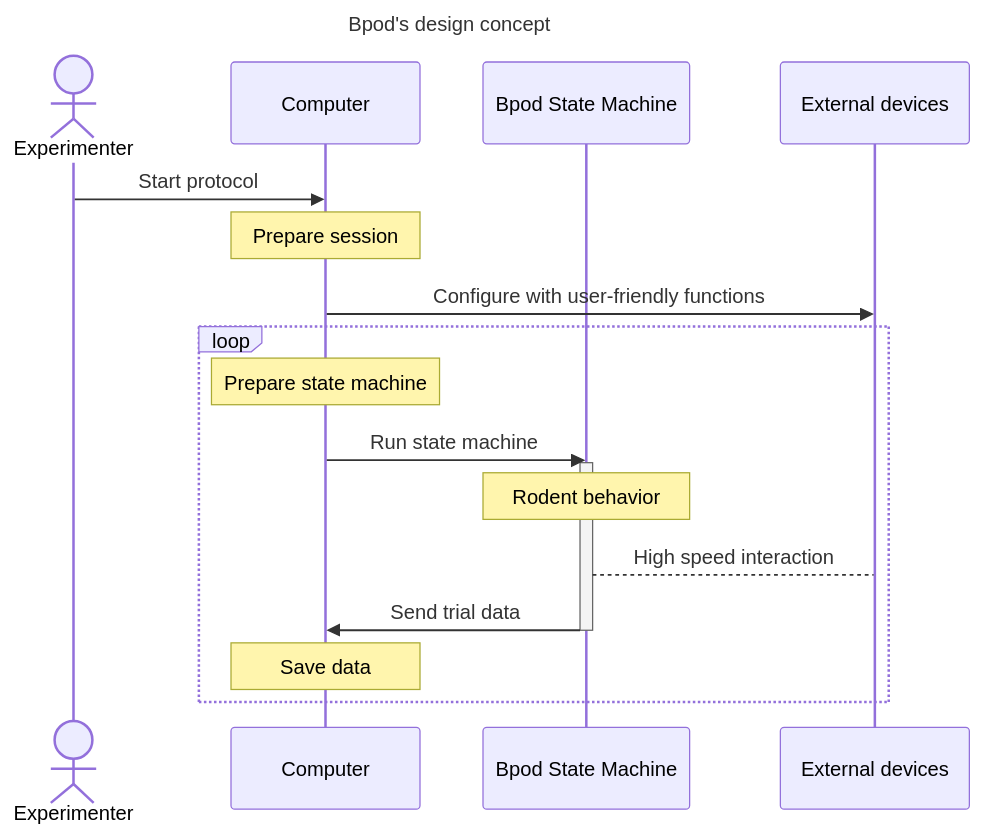
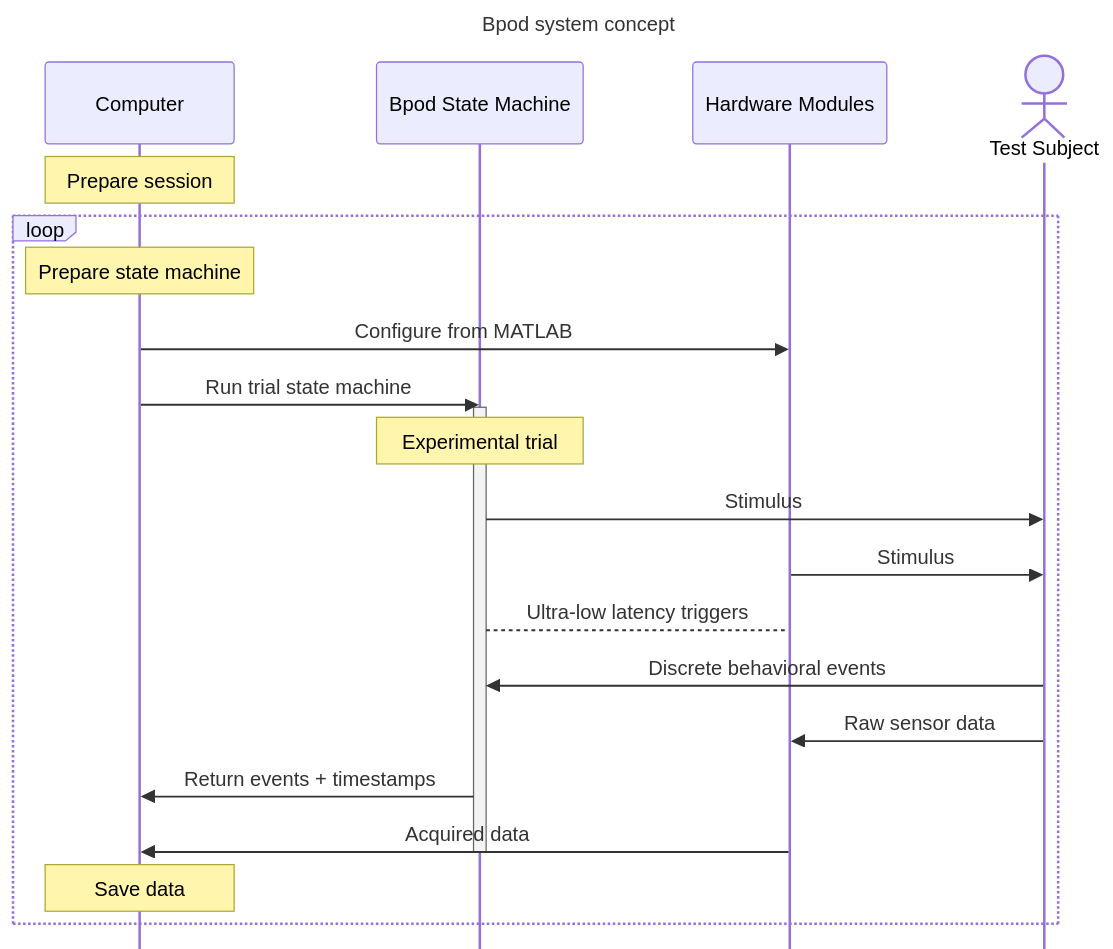
One commit to sanworks/Bpod_Wiki changed the diagram in docs/index.md. Above: the diagram before and after it, drawn with Mermaid. The commit also changed other lines of this file and 4 other files, not shown here.

Commit message:
-Replaced Bpod text with a welcome graphic -Added a directory page listing Bpod firmware repositories -Edited content of index page -Updated theme colors

````diff
--- a/docs/index.md
+++ b/docs/index.md
@@ -47,24 +41,29 @@
 ```mermaid
 ---
-title: Bpod's design concept
+title: Bpod system concept
 ---
+%%{init: { 'theme': 'default', 'sequence': { 'mirrorActors': false } }}%%
 sequenceDiagram
-actor e as Experimenter
 participant matlab as Computer
 participant bpod as Bpod State Machine
-participant external as External devices
+participant external as Hardware Modules
+actor subject as Test Subject
 
-e->>matlab: Start protocol
 Note over matlab: Prepare session
-matlab ->> external: Configure with user-friendly functions
 loop
 Note over matlab: Prepare state machine
-matlab ->> bpod: Run state machine
+matlab ->> external: Configure from MATLAB
+matlab ->> bpod: Run trial state machine
 activate bpod
-Note over bpod: Rodent behavior
-bpod -->external: High speed interaction
-bpod ->> matlab: Send trial data
+Note over bpod: Experimental trial
+bpod ->> subject: Stimulus
+external ->> subject: Stimulus
+bpod -->external: Ultra-low latency triggers
+subject ->> bpod: Discrete behavioral events
+subject ->> external: Raw sensor data
+bpod ->> matlab: Return events + timestamps
+external ->> matlab: Acquired data
 deactivate bpod
 Note over matlab: Save data
 end
 ```
````
